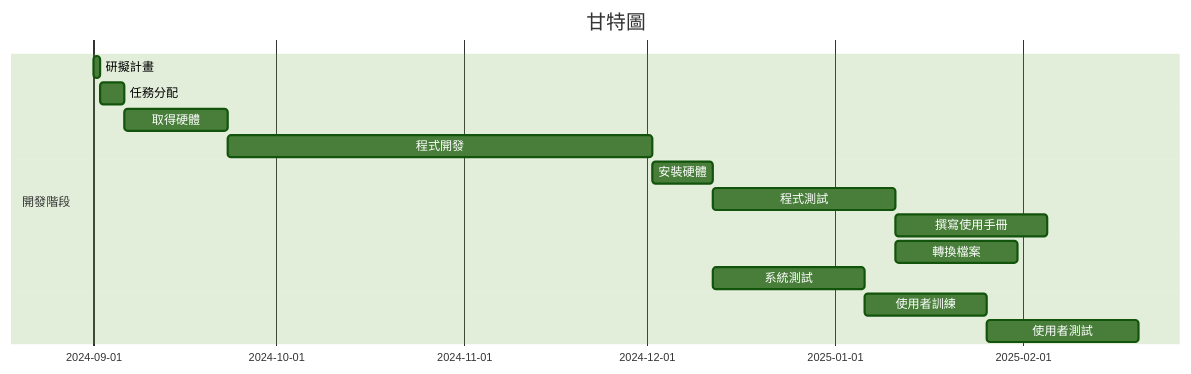
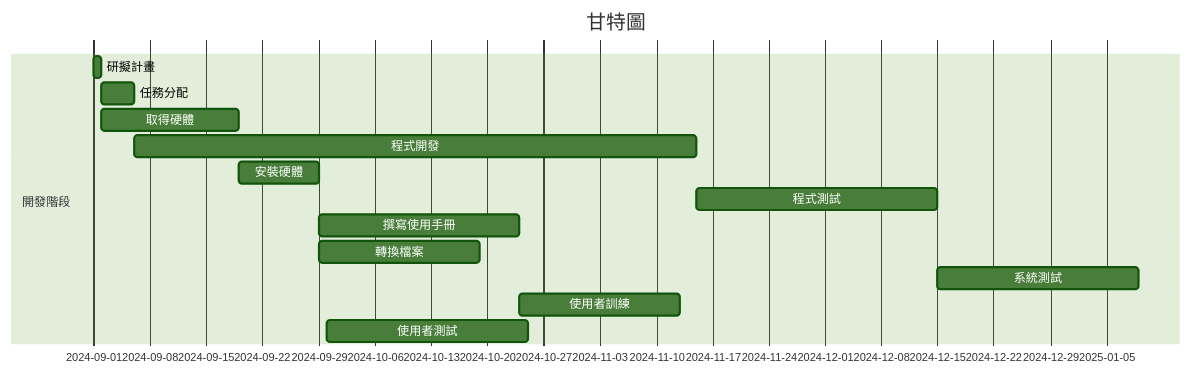
One commit to gino2066/- changed the first of 2 diagrams in README.md. Above: the diagram before and after it, drawn with Mermaid (forest theme).

````diff
--- a/README.md
+++ b/README.md
@@ -15,19 +15,19 @@
 ```mermaid
 gantt
     title 甘特圖
     dateFormat  YYYY-MM-DD
     section 開發階段
-    研擬計畫      :a1, 2024-09-01, 1d
+    研擬計畫          :a1, 2024-09-01, 1d
     任務分配          :a2, after a1, 4d
-    取得硬體          :a3, after a2, 17d
-    程式開發          :a4, after a3, 70d  
-    安裝硬體          :a5, after a4, 10d  
-    程式測試          :a6, after a5, 30d
-    撰寫使用手冊      :a7, after a6, 25d
-    轉換檔案          :a8, after a6, 20d
-    系統測試          :a9, after a5, 25d
-    使用者訓練        :a10, after a9, 20d
-    使用者測試        :a11, after a10, 25d
+    取得硬體          :a3, after a1, 17d
+    程式開發          :a4, after a2, 70d  
+    安裝硬體          :a5, after a3, 10d  
+    程式測試          :a6, after a4, 30d
+    撰寫使用手冊      :a7, after a5, 25d
+    轉換檔案          :a8, after a5, 20d
+    系統測試          :a9, after a6, 25d
+    使用者訓練        :a10, after a7, 20d
+    使用者測試        :a11, after a19, 25d
 
 
 ```
````
